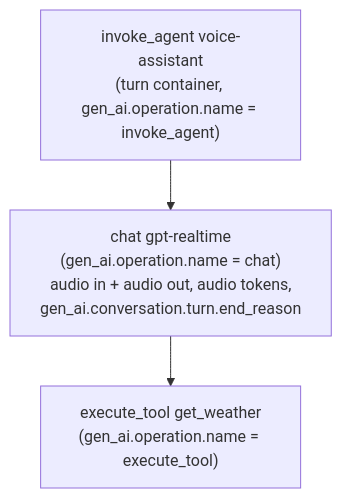
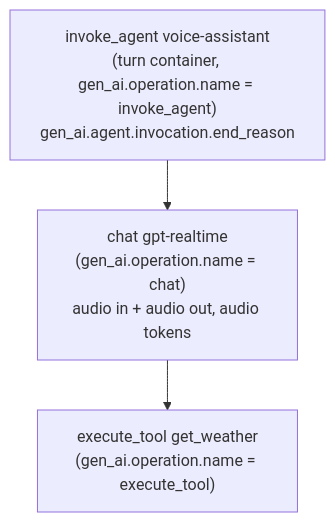
The second of 2 diagrams in docs/gen-ai/gen-ai-voice-agents.md (open-telemetry/semantic-conventions-genai), drawn with Mermaid before and after one commit. The commit also changed other lines of this file and 10 other files, not shown here.

First line of the commit message:
Generalize turn end reason to invoke_agent invocation end reason

````diff
--- a/docs/gen-ai/gen-ai-voice-agents.md
+++ b/docs/gen-ai/gen-ai-voice-agents.md
@@ -107,6 +107,6 @@
 ```mermaid
 flowchart TD
-  A["invoke_agent voice-assistant<br/>(turn container, gen_ai.operation.name = invoke_agent)"]
-  A --> B["chat gpt-realtime<br/>(gen_ai.operation.name = chat)<br/>audio in + audio out, audio tokens,<br/>gen_ai.conversation.turn.end_reason"]
+  A["invoke_agent voice-assistant<br/>(turn container, gen_ai.operation.name = invoke_agent)<br/>gen_ai.agent.invocation.end_reason"]
+  A --> B["chat gpt-realtime<br/>(gen_ai.operation.name = chat)<br/>audio in + audio out, audio tokens"]
   B --> C["execute_tool get_weather<br/>(gen_ai.operation.name = execute_tool)"]
 ```
````
